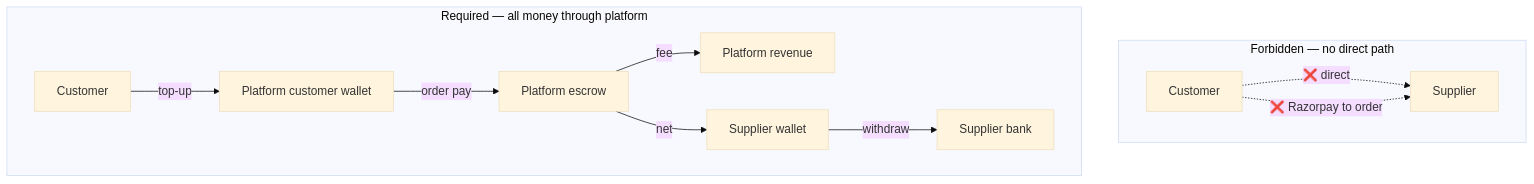
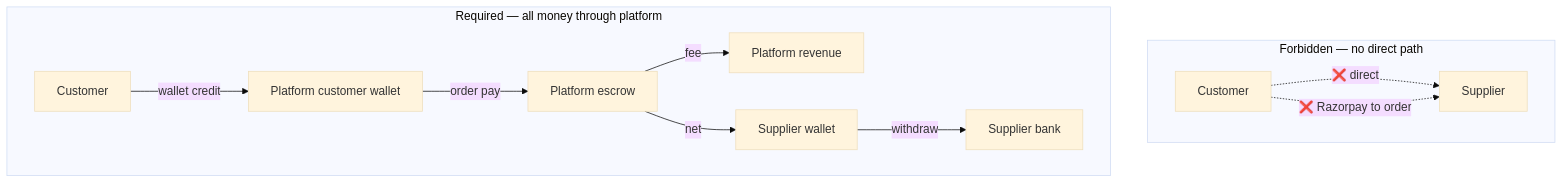
One commit to pranshus18/Tatva_Direct changed the first of 5 diagrams in docs/WALLET_SYSTEM_GUIDE.md. Above: the diagram before and after it, drawn with Mermaid (base theme). The commit also changed other lines of this file and 21 other files, not shown here.

````diff
--- a/docs/WALLET_SYSTEM_GUIDE.md
+++ b/docs/WALLET_SYSTEM_GUIDE.md
@@ -135,15 +135,15 @@
 ```mermaid
 flowchart TB
   subgraph forbidden [Forbidden — no direct path]
     C1[Customer] -.->|❌ direct| S1[Supplier]
     C1 -.->|❌ Razorpay to order| S1
   end
 
   subgraph required [Required — all money through platform]
-    C2[Customer] -->|top-up| P1[Platform customer wallet]
+    C2[Customer] -->|wallet credit| P1[Platform customer wallet]
     P1 -->|order pay| P2[Platform escrow]
     P2 -->|fee| P3[Platform revenue]
     P2 -->|net| P4[Supplier wallet]
     P4 -->|withdraw| S2[Supplier bank]
   end
 ```
````
